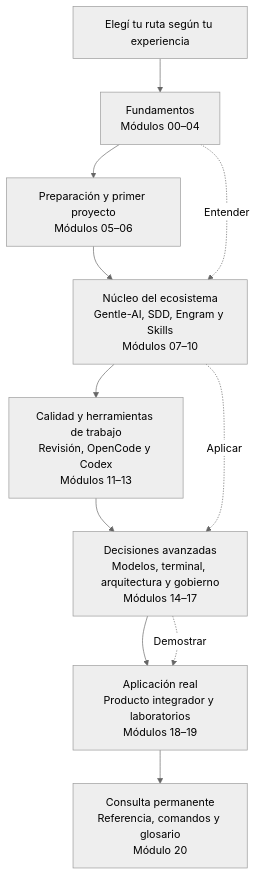
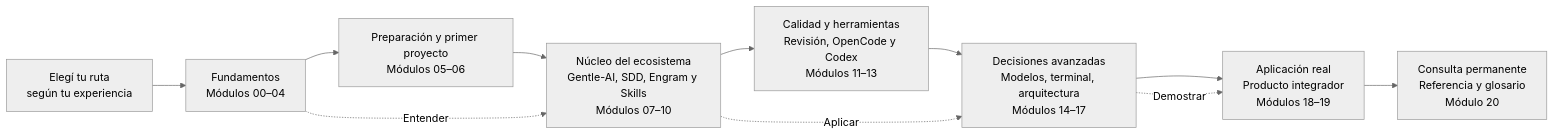
The diagram in src/content/docs/00-empezar-aqui/01-bienvenida.md (harrysxavio/gentle-ai-manual), drawn with Mermaid (neutral theme) before and after one commit. The commit also changed other lines of this file and 16 other files, not shown here.

````diff
--- a/src/content/docs/00-empezar-aqui/01-bienvenida.md
+++ b/src/content/docs/00-empezar-aqui/01-bienvenida.md
@@ -41,14 +40,14 @@
 ```mermaid
-flowchart TB
-    A["Elegí tu ruta según tu experiencia"] --> B["Fundamentos<br/>Módulos 00–04"]
+flowchart LR
+    A["Elegí tu ruta<br/>según tu experiencia"] --> B["Fundamentos<br/>Módulos 00–04"]
     B --> C["Preparación y primer proyecto<br/>Módulos 05–06"]
     C --> D["Núcleo del ecosistema<br/>Gentle-AI, SDD, Engram y Skills<br/>Módulos 07–10"]
-    D --> E["Calidad y herramientas de trabajo<br/>Revisión, OpenCode y Codex<br/>Módulos 11–13"]
-    E --> F["Decisiones avanzadas<br/>Modelos, terminal, arquitectura y gobierno<br/>Módulos 14–17"]
-    F --> G["Aplicación real<br/>Producto integrador y laboratorios<br/>Módulos 18–19"]
-    G --> H["Consulta permanente<br/>Referencia, comandos y glosario<br/>Módulo 20"]
+    D --> E["Calidad y herramientas<br/>Revisión, OpenCode y Codex<br/>Módulos 11–13"]
+    E --> F["Decisiones avanzadas<br/>Modelos, terminal, arquitectura<br/>Módulos 14–17"]
+    F --> G["Aplicación real<br/>Producto integrador<br/>Módulos 18–19"]
+    G --> H["Consulta permanente<br/>Referencia y glosario<br/>Módulo 20"]
 
     B -. "Entender" .-> D
     D -. "Aplicar" .-> F
     F -. "Demostrar" .-> G
 ```
````
